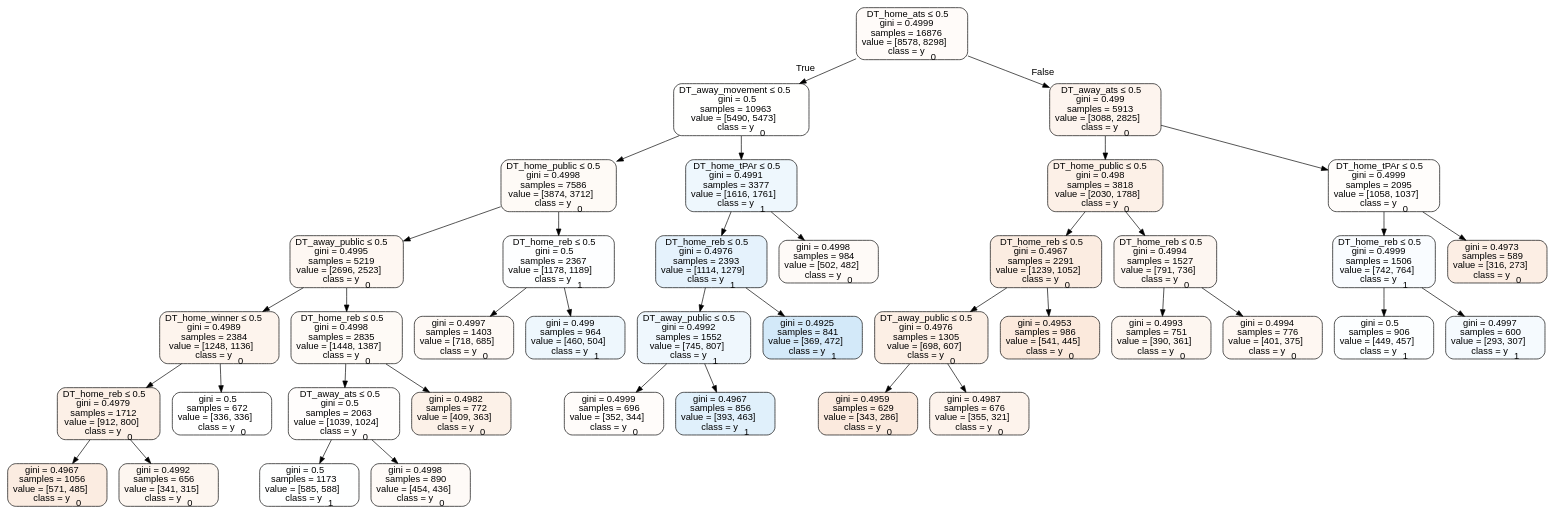
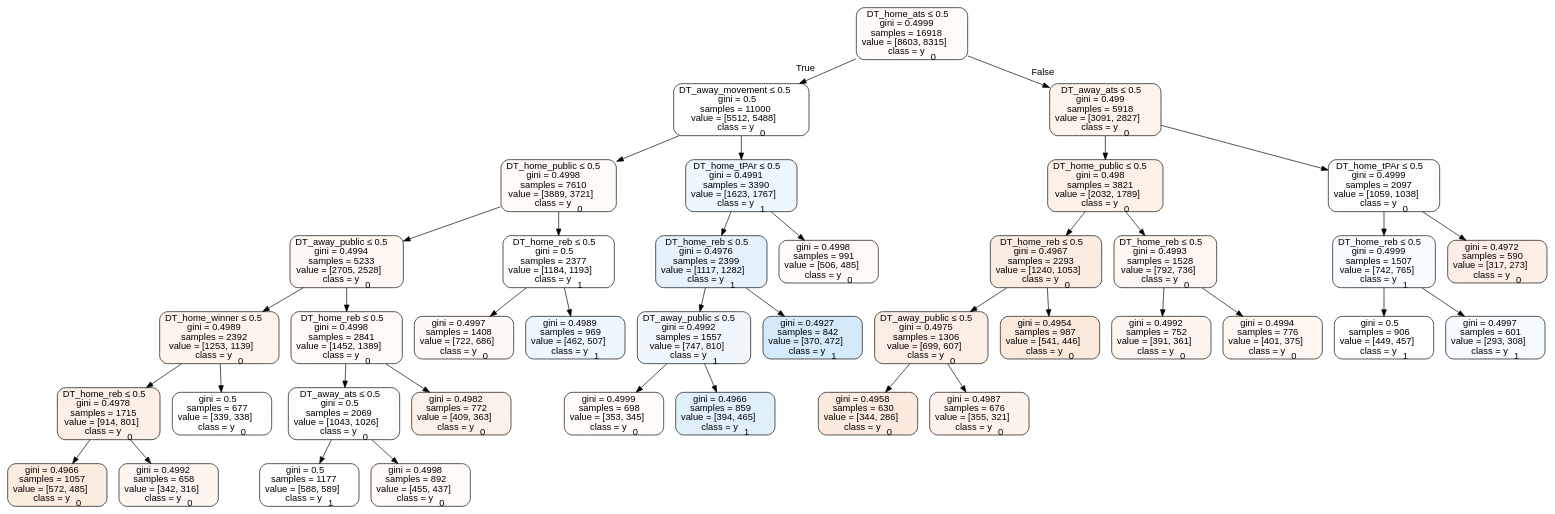
Before and after one commit to usbogie/ncaa-bets: the diagram in tree_data/treehome.dot, drawn with Graphviz. The commit also changed 20 other files, not shown here.

```diff
--- a/tree_data/treehome.dot
+++ b/tree_data/treehome.dot
@@ -1,81 +1,81 @@
 digraph Tree {
 node [shape=box, style="filled, rounded", color="black", fontname=helvetica] ;
 edge [fontname=helvetica] ;
-0 [label=<DT_home_ats &le; 0.5<br/>gini = 0.4999<br/>samples = 16876<br/>value = [8578, 8298]<br/>class = y<SUB>0</SUB>>, fillcolor="#e5813908"] ;
-1 [label=<DT_away_movement &le; 0.5<br/>gini = 0.5<br/>samples = 10963<br/>value = [5490, 5473]<br/>class = y<SUB>0</SUB>>, fillcolor="#e5813901"] ;
+0 [label=<DT_home_ats &le; 0.5<br/>gini = 0.4999<br/>samples = 16918<br/>value = [8603, 8315]<br/>class = y<SUB>0</SUB>>, fillcolor="#e5813909"] ;
+1 [label=<DT_away_movement &le; 0.5<br/>gini = 0.5<br/>samples = 11000<br/>value = [5512, 5488]<br/>class = y<SUB>0</SUB>>, fillcolor="#e5813901"] ;
 0 -> 1 [labeldistance=2.5, labelangle=45, headlabel="True"] ;
-2 [label=<DT_home_public &le; 0.5<br/>gini = 0.4998<br/>samples = 7586<br/>value = [3874, 3712]<br/>class = y<SUB>0</SUB>>, fillcolor="#e581390b"] ;
+2 [label=<DT_home_public &le; 0.5<br/>gini = 0.4998<br/>samples = 7610<br/>value = [3889, 3721]<br/>class = y<SUB>0</SUB>>, fillcolor="#e581390b"] ;
 1 -> 2 ;
-3 [label=<DT_away_public &le; 0.5<br/>gini = 0.4995<br/>samples = 5219<br/>value = [2696, 2523]<br/>class = y<SUB>0</SUB>>, fillcolor="#e5813910"] ;
+3 [label=<DT_away_public &le; 0.5<br/>gini = 0.4994<br/>samples = 5233<br/>value = [2705, 2528]<br/>class = y<SUB>0</SUB>>, fillcolor="#e5813911"] ;
 2 -> 3 ;
-4 [label=<DT_home_winner &le; 0.5<br/>gini = 0.4989<br/>samples = 2384<br/>value = [1248, 1136]<br/>class = y<SUB>0</SUB>>, fillcolor="#e5813917"] ;
+4 [label=<DT_home_winner &le; 0.5<br/>gini = 0.4989<br/>samples = 2392<br/>value = [1253, 1139]<br/>class = y<SUB>0</SUB>>, fillcolor="#e5813917"] ;
 3 -> 4 ;
-5 [label=<DT_home_reb &le; 0.5<br/>gini = 0.4979<br/>samples = 1712<br/>value = [912, 800]<br/>class = y<SUB>0</SUB>>, fillcolor="#e581391f"] ;
+5 [label=<DT_home_reb &le; 0.5<br/>gini = 0.4978<br/>samples = 1715<br/>value = [914, 801]<br/>class = y<SUB>0</SUB>>, fillcolor="#e5813920"] ;
 4 -> 5 ;
-6 [label=<gini = 0.4967<br/>samples = 1056<br/>value = [571, 485]<br/>class = y<SUB>0</SUB>>, fillcolor="#e5813926"] ;
+6 [label=<gini = 0.4966<br/>samples = 1057<br/>value = [572, 485]<br/>class = y<SUB>0</SUB>>, fillcolor="#e5813927"] ;
 5 -> 6 ;
-7 [label=<gini = 0.4992<br/>samples = 656<br/>value = [341, 315]<br/>class = y<SUB>0</SUB>>, fillcolor="#e5813913"] ;
+7 [label=<gini = 0.4992<br/>samples = 658<br/>value = [342, 316]<br/>class = y<SUB>0</SUB>>, fillcolor="#e5813913"] ;
 5 -> 7 ;
-8 [label=<gini = 0.5<br/>samples = 672<br/>value = [336, 336]<br/>class = y<SUB>0</SUB>>, fillcolor="#e5813900"] ;
+8 [label=<gini = 0.5<br/>samples = 677<br/>value = [339, 338]<br/>class = y<SUB>0</SUB>>, fillcolor="#e5813901"] ;
 4 -> 8 ;
-9 [label=<DT_home_reb &le; 0.5<br/>gini = 0.4998<br/>samples = 2835<br/>value = [1448, 1387]<br/>class = y<SUB>0</SUB>>, fillcolor="#e581390b"] ;
+9 [label=<DT_home_reb &le; 0.5<br/>gini = 0.4998<br/>samples = 2841<br/>value = [1452, 1389]<br/>class = y<SUB>0</SUB>>, fillcolor="#e581390b"] ;
 3 -> 9 ;
-10 [label=<DT_away_ats &le; 0.5<br/>gini = 0.5<br/>samples = 2063<br/>value = [1039, 1024]<br/>class = y<SUB>0</SUB>>, fillcolor="#e5813904"] ;
+10 [label=<DT_away_ats &le; 0.5<br/>gini = 0.5<br/>samples = 2069<br/>value = [1043, 1026]<br/>class = y<SUB>0</SUB>>, fillcolor="#e5813904"] ;
 9 -> 10 ;
-11 [label=<gini = 0.5<br/>samples = 1173<br/>value = [585, 588]<br/>class = y<SUB>1</SUB>>, fillcolor="#399de501"] ;
+11 [label=<gini = 0.5<br/>samples = 1177<br/>value = [588, 589]<br/>class = y<SUB>1</SUB>>, fillcolor="#399de500"] ;
 10 -> 11 ;
-12 [label=<gini = 0.4998<br/>samples = 890<br/>value = [454, 436]<br/>class = y<SUB>0</SUB>>, fillcolor="#e581390a"] ;
+12 [label=<gini = 0.4998<br/>samples = 892<br/>value = [455, 437]<br/>class = y<SUB>0</SUB>>, fillcolor="#e581390a"] ;
 10 -> 12 ;
 13 [label=<gini = 0.4982<br/>samples = 772<br/>value = [409, 363]<br/>class = y<SUB>0</SUB>>, fillcolor="#e581391d"] ;
 9 -> 13 ;
-14 [label=<DT_home_reb &le; 0.5<br/>gini = 0.5<br/>samples = 2367<br/>value = [1178, 1189]<br/>class = y<SUB>1</SUB>>, fillcolor="#399de502"] ;
+14 [label=<DT_home_reb &le; 0.5<br/>gini = 0.5<br/>samples = 2377<br/>value = [1184, 1193]<br/>class = y<SUB>1</SUB>>, fillcolor="#399de502"] ;
 2 -> 14 ;
-15 [label=<gini = 0.4997<br/>samples = 1403<br/>value = [718, 685]<br/>class = y<SUB>0</SUB>>, fillcolor="#e581390c"] ;
+15 [label=<gini = 0.4997<br/>samples = 1408<br/>value = [722, 686]<br/>class = y<SUB>0</SUB>>, fillcolor="#e581390d"] ;
 14 -> 15 ;
-16 [label=<gini = 0.499<br/>samples = 964<br/>value = [460, 504]<br/>class = y<SUB>1</SUB>>, fillcolor="#399de516"] ;
+16 [label=<gini = 0.4989<br/>samples = 969<br/>value = [462, 507]<br/>class = y<SUB>1</SUB>>, fillcolor="#399de517"] ;
 14 -> 16 ;
-17 [label=<DT_home_tPAr &le; 0.5<br/>gini = 0.4991<br/>samples = 3377<br/>value = [1616, 1761]<br/>class = y<SUB>1</SUB>>, fillcolor="#399de515"] ;
+17 [label=<DT_home_tPAr &le; 0.5<br/>gini = 0.4991<br/>samples = 3390<br/>value = [1623, 1767]<br/>class = y<SUB>1</SUB>>, fillcolor="#399de515"] ;
 1 -> 17 ;
-18 [label=<DT_home_reb &le; 0.5<br/>gini = 0.4976<br/>samples = 2393<br/>value = [1114, 1279]<br/>class = y<SUB>1</SUB>>, fillcolor="#399de521"] ;
+18 [label=<DT_home_reb &le; 0.5<br/>gini = 0.4976<br/>samples = 2399<br/>value = [1117, 1282]<br/>class = y<SUB>1</SUB>>, fillcolor="#399de521"] ;
 17 -> 18 ;
-19 [label=<DT_away_public &le; 0.5<br/>gini = 0.4992<br/>samples = 1552<br/>value = [745, 807]<br/>class = y<SUB>1</SUB>>, fillcolor="#399de514"] ;
+19 [label=<DT_away_public &le; 0.5<br/>gini = 0.4992<br/>samples = 1557<br/>value = [747, 810]<br/>class = y<SUB>1</SUB>>, fillcolor="#399de514"] ;
 18 -> 19 ;
-20 [label=<gini = 0.4999<br/>samples = 696<br/>value = [352, 344]<br/>class = y<SUB>0</SUB>>, fillcolor="#e5813906"] ;
+20 [label=<gini = 0.4999<br/>samples = 698<br/>value = [353, 345]<br/>class = y<SUB>0</SUB>>, fillcolor="#e5813906"] ;
 19 -> 20 ;
-21 [label=<gini = 0.4967<br/>samples = 856<br/>value = [393, 463]<br/>class = y<SUB>1</SUB>>, fillcolor="#399de527"] ;
+21 [label=<gini = 0.4966<br/>samples = 859<br/>value = [394, 465]<br/>class = y<SUB>1</SUB>>, fillcolor="#399de527"] ;
 19 -> 21 ;
-22 [label=<gini = 0.4925<br/>samples = 841<br/>value = [369, 472]<br/>class = y<SUB>1</SUB>>, fillcolor="#399de538"] ;
+22 [label=<gini = 0.4927<br/>samples = 842<br/>value = [370, 472]<br/>class = y<SUB>1</SUB>>, fillcolor="#399de537"] ;
 18 -> 22 ;
-23 [label=<gini = 0.4998<br/>samples = 984<br/>value = [502, 482]<br/>class = y<SUB>0</SUB>>, fillcolor="#e581390a"] ;
+23 [label=<gini = 0.4998<br/>samples = 991<br/>value = [506, 485]<br/>class = y<SUB>0</SUB>>, fillcolor="#e581390b"] ;
 17 -> 23 ;
-24 [label=<DT_away_ats &le; 0.5<br/>gini = 0.499<br/>samples = 5913<br/>value = [3088, 2825]<br/>class = y<SUB>0</SUB>>, fillcolor="#e5813916"] ;
+24 [label=<DT_away_ats &le; 0.5<br/>gini = 0.499<br/>samples = 5918<br/>value = [3091, 2827]<br/>class = y<SUB>0</SUB>>, fillcolor="#e5813916"] ;
 0 -> 24 [labeldistance=2.5, labelangle=-45, headlabel="False"] ;
-25 [label=<DT_home_public &le; 0.5<br/>gini = 0.498<br/>samples = 3818<br/>value = [2030, 1788]<br/>class = y<SUB>0</SUB>>, fillcolor="#e581391e"] ;
+25 [label=<DT_home_public &le; 0.5<br/>gini = 0.498<br/>samples = 3821<br/>value = [2032, 1789]<br/>class = y<SUB>0</SUB>>, fillcolor="#e581391e"] ;
 24 -> 25 ;
-26 [label=<DT_home_reb &le; 0.5<br/>gini = 0.4967<br/>samples = 2291<br/>value = [1239, 1052]<br/>class = y<SUB>0</SUB>>, fillcolor="#e5813926"] ;
+26 [label=<DT_home_reb &le; 0.5<br/>gini = 0.4967<br/>samples = 2293<br/>value = [1240, 1053]<br/>class = y<SUB>0</SUB>>, fillcolor="#e5813926"] ;
 25 -> 26 ;
-27 [label=<DT_away_public &le; 0.5<br/>gini = 0.4976<br/>samples = 1305<br/>value = [698, 607]<br/>class = y<SUB>0</SUB>>, fillcolor="#e5813921"] ;
+27 [label=<DT_away_public &le; 0.5<br/>gini = 0.4975<br/>samples = 1306<br/>value = [699, 607]<br/>class = y<SUB>0</SUB>>, fillcolor="#e5813922"] ;
 26 -> 27 ;
-28 [label=<gini = 0.4959<br/>samples = 629<br/>value = [343, 286]<br/>class = y<SUB>0</SUB>>, fillcolor="#e581392a"] ;
+28 [label=<gini = 0.4958<br/>samples = 630<br/>value = [344, 286]<br/>class = y<SUB>0</SUB>>, fillcolor="#e581392b"] ;
 27 -> 28 ;
 29 [label=<gini = 0.4987<br/>samples = 676<br/>value = [355, 321]<br/>class = y<SUB>0</SUB>>, fillcolor="#e5813918"] ;
 27 -> 29 ;
-30 [label=<gini = 0.4953<br/>samples = 986<br/>value = [541, 445]<br/>class = y<SUB>0</SUB>>, fillcolor="#e581392d"] ;
+30 [label=<gini = 0.4954<br/>samples = 987<br/>value = [541, 446]<br/>class = y<SUB>0</SUB>>, fillcolor="#e581392d"] ;
 26 -> 30 ;
-31 [label=<DT_home_reb &le; 0.5<br/>gini = 0.4994<br/>samples = 1527<br/>value = [791, 736]<br/>class = y<SUB>0</SUB>>, fillcolor="#e5813912"] ;
+31 [label=<DT_home_reb &le; 0.5<br/>gini = 0.4993<br/>samples = 1528<br/>value = [792, 736]<br/>class = y<SUB>0</SUB>>, fillcolor="#e5813912"] ;
 25 -> 31 ;
-32 [label=<gini = 0.4993<br/>samples = 751<br/>value = [390, 361]<br/>class = y<SUB>0</SUB>>, fillcolor="#e5813913"] ;
+32 [label=<gini = 0.4992<br/>samples = 752<br/>value = [391, 361]<br/>class = y<SUB>0</SUB>>, fillcolor="#e5813914"] ;
 31 -> 32 ;
 33 [label=<gini = 0.4994<br/>samples = 776<br/>value = [401, 375]<br/>class = y<SUB>0</SUB>>, fillcolor="#e5813911"] ;
 31 -> 33 ;
-34 [label=<DT_home_tPAr &le; 0.5<br/>gini = 0.4999<br/>samples = 2095<br/>value = [1058, 1037]<br/>class = y<SUB>0</SUB>>, fillcolor="#e5813905"] ;
+34 [label=<DT_home_tPAr &le; 0.5<br/>gini = 0.4999<br/>samples = 2097<br/>value = [1059, 1038]<br/>class = y<SUB>0</SUB>>, fillcolor="#e5813905"] ;
 24 -> 34 ;
-35 [label=<DT_home_reb &le; 0.5<br/>gini = 0.4999<br/>samples = 1506<br/>value = [742, 764]<br/>class = y<SUB>1</SUB>>, fillcolor="#399de507"] ;
+35 [label=<DT_home_reb &le; 0.5<br/>gini = 0.4999<br/>samples = 1507<br/>value = [742, 765]<br/>class = y<SUB>1</SUB>>, fillcolor="#399de508"] ;
 34 -> 35 ;
 36 [label=<gini = 0.5<br/>samples = 906<br/>value = [449, 457]<br/>class = y<SUB>1</SUB>>, fillcolor="#399de504"] ;
 35 -> 36 ;
-37 [label=<gini = 0.4997<br/>samples = 600<br/>value = [293, 307]<br/>class = y<SUB>1</SUB>>, fillcolor="#399de50c"] ;
+37 [label=<gini = 0.4997<br/>samples = 601<br/>value = [293, 308]<br/>class = y<SUB>1</SUB>>, fillcolor="#399de50c"] ;
 35 -> 37 ;
-38 [label=<gini = 0.4973<br/>samples = 589<br/>value = [316, 273]<br/>class = y<SUB>0</SUB>>, fillcolor="#e5813923"] ;
+38 [label=<gini = 0.4972<br/>samples = 590<br/>value = [317, 273]<br/>class = y<SUB>0</SUB>>, fillcolor="#e5813923"] ;
 34 -> 38 ;
 }
```
